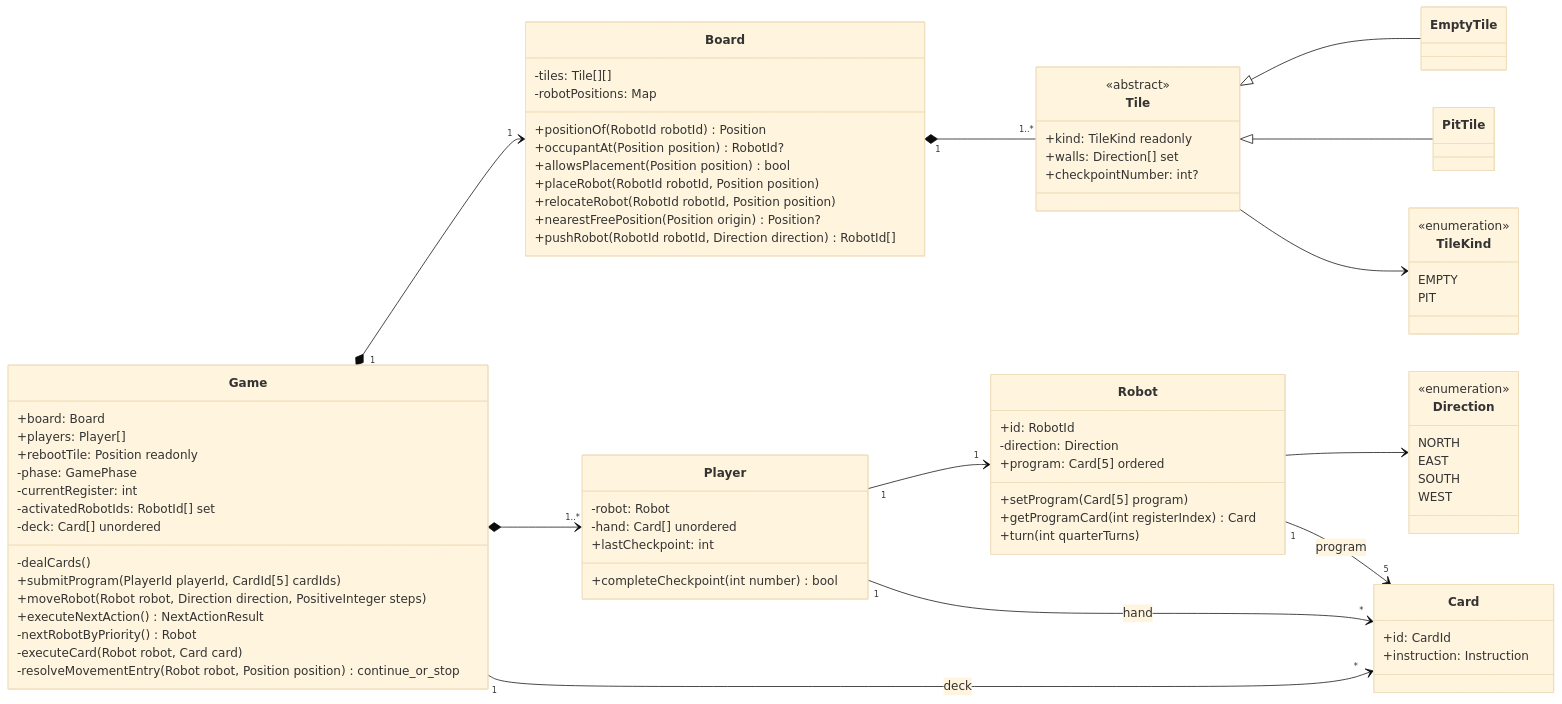
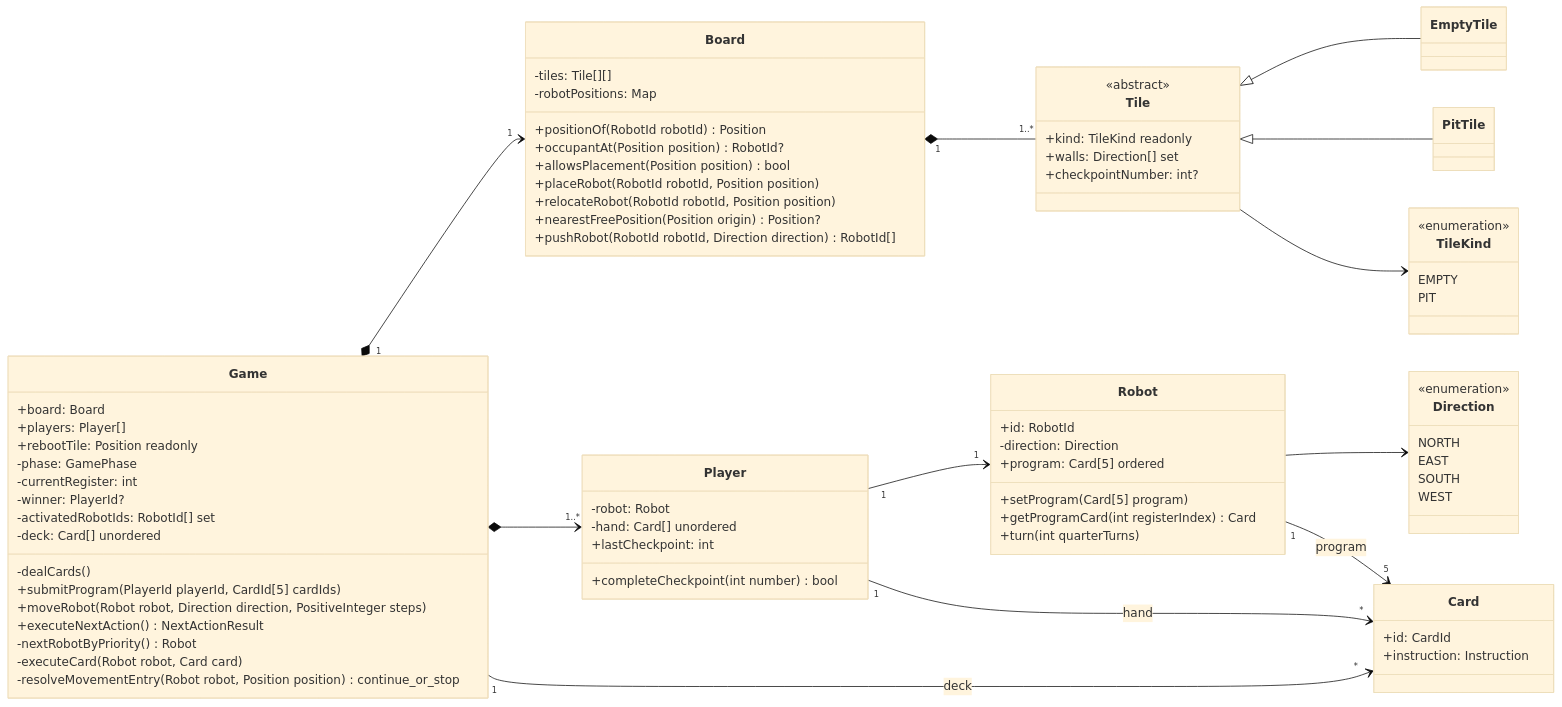
The diagram in docs/game_model_UML.md (hananinas/RoboRally), drawn with Mermaid (base theme) before and after one commit. The commit also changed other lines of this file, not shown here.

Commit message:
docs: add winner to game model UML

```diff
--- a/docs/game_model_UML.md
+++ b/docs/game_model_UML.md
@@ -11,6 +11,7 @@
         +rebootTile: Position readonly
         -phase: GamePhase
         -currentRegister: int
+        -winner: PlayerId?
         -activatedRobotIds: RobotId[] set
         -deck: Card[] unordered
         -dealCards()
```
